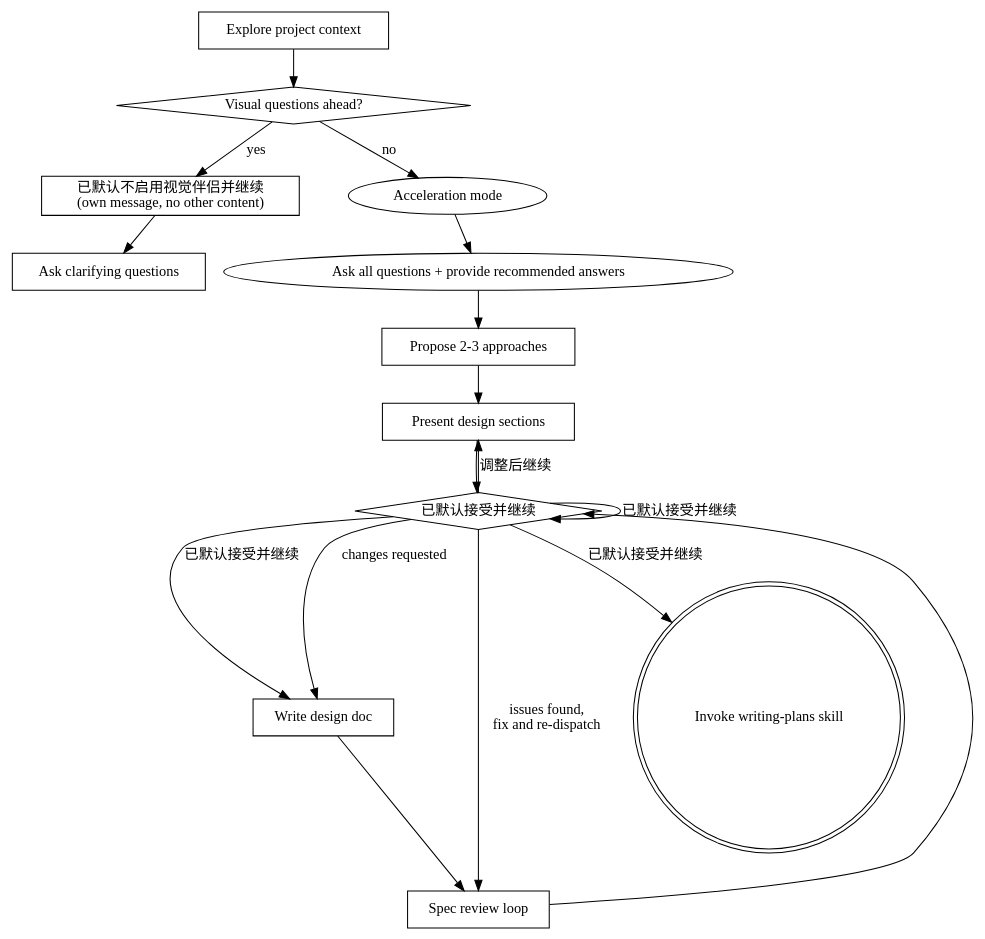
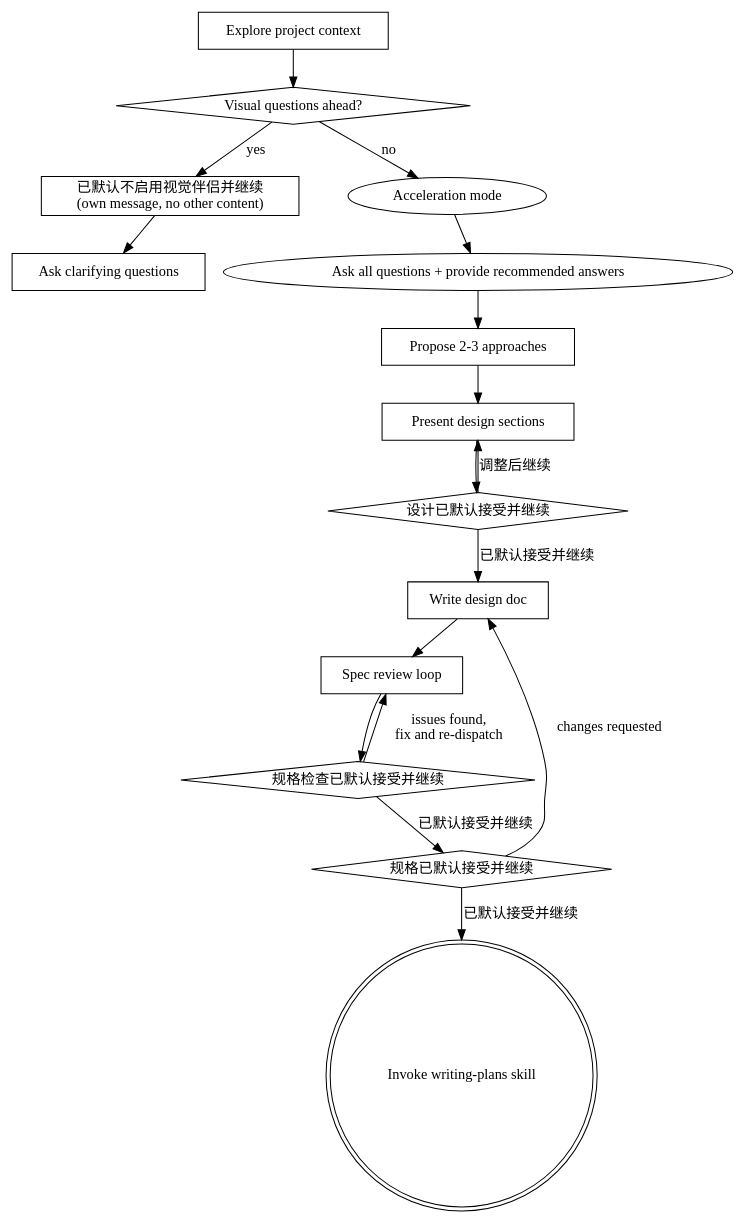
Before and after one commit to ShakaRover/superpowers: the diagram in skills/brainstorming/SKILL.md, drawn with Graphviz. The commit also changed other lines of this file and 13 other files, not shown here.

````diff
--- a/skills/brainstorming/SKILL.md
+++ b/skills/brainstorming/SKILL.md
@@ -55,33 +55,33 @@
 ```dot
 digraph brainstorming {
     "Explore project context" [shape=box];
     "Visual questions ahead?" [shape=diamond];
     "已默认不启用视觉伴侣并继续\n(own message, no other content)" [shape=box];
     "Ask clarifying questions" [shape=box];
     "Propose 2-3 approaches" [shape=box];
     "Present design sections" [shape=box];
-    "已默认接受并继续" [shape=diamond];
+    "设计已默认接受并继续" [shape=diamond];
     "Write design doc" [shape=box];
     "Spec review loop" [shape=box];
-    "已默认接受并继续" [shape=diamond];
-    "已默认接受并继续" [shape=diamond];
+    "规格检查已默认接受并继续" [shape=diamond];
+    "规格已默认接受并继续" [shape=diamond];
     "Invoke writing-plans skill" [shape=doublecircle];
 
     "Explore project context" -> "Visual questions ahead?";
     "Visual questions ahead?" -> "已默认不启用视觉伴侣并继续\n(own message, no other content)" [label="yes"];
     "Visual questions ahead?" -> "Acceleration mode" [label="no"];
     "已默认不启用视觉伴侣并继续\n(own message, no other content)" -> "Ask clarifying questions";
     "Acceleration mode" -> "Ask all questions + provide recommended answers";
     "Ask all questions + provide recommended answers" -> "Propose 2-3 approaches";
     "Propose 2-3 approaches" -> "Present design sections";
-    "Present design sections" -> "已默认接受并继续";
-    "已默认接受并继续" -> "Present design sections" [label="调整后继续"];
-    "已默认接受并继续" -> "Write design doc" [label="已默认接受并继续"];
+    "Present design sections" -> "设计已默认接受并继续";
+    "设计已默认接受并继续" -> "Present design sections" [label="调整后继续"];
+    "设计已默认接受并继续" -> "Write design doc" [label="已默认接受并继续"];
     "Write design doc" -> "Spec review loop";
-    "Spec review loop" -> "已默认接受并继续";
-    "已默认接受并继续" -> "Spec review loop" [label="issues found,\nfix and re-dispatch"];
-    "已默认接受并继续" -> "已默认接受并继续" [label="已默认接受并继续"];
-    "已默认接受并继续" -> "Write design doc" [label="changes requested"];
-    "已默认接受并继续" -> "Invoke writing-plans skill" [label="已默认接受并继续"];
+    "Spec review loop" -> "规格检查已默认接受并继续";
+    "规格检查已默认接受并继续" -> "Spec review loop" [label="issues found,\nfix and re-dispatch"];
+    "规格检查已默认接受并继续" -> "规格已默认接受并继续" [label="已默认接受并继续"];
+    "规格已默认接受并继续" -> "Write design doc" [label="changes requested"];
+    "规格已默认接受并继续" -> "Invoke writing-plans skill" [label="已默认接受并继续"];
 }
 ```
````
